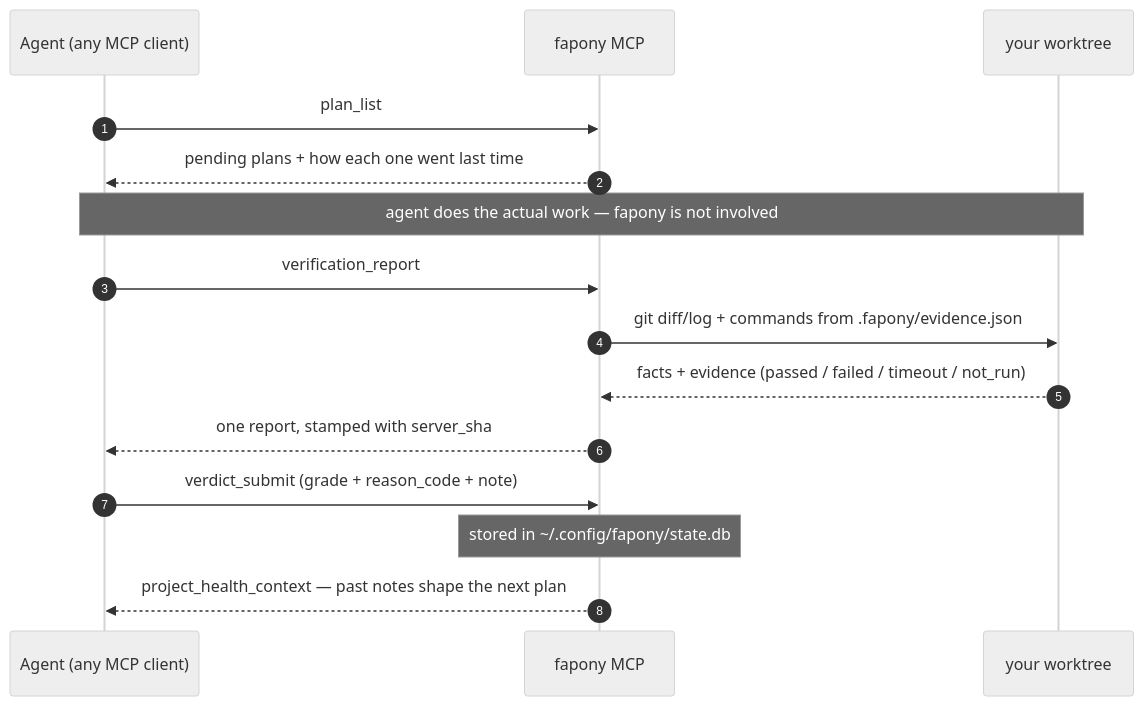
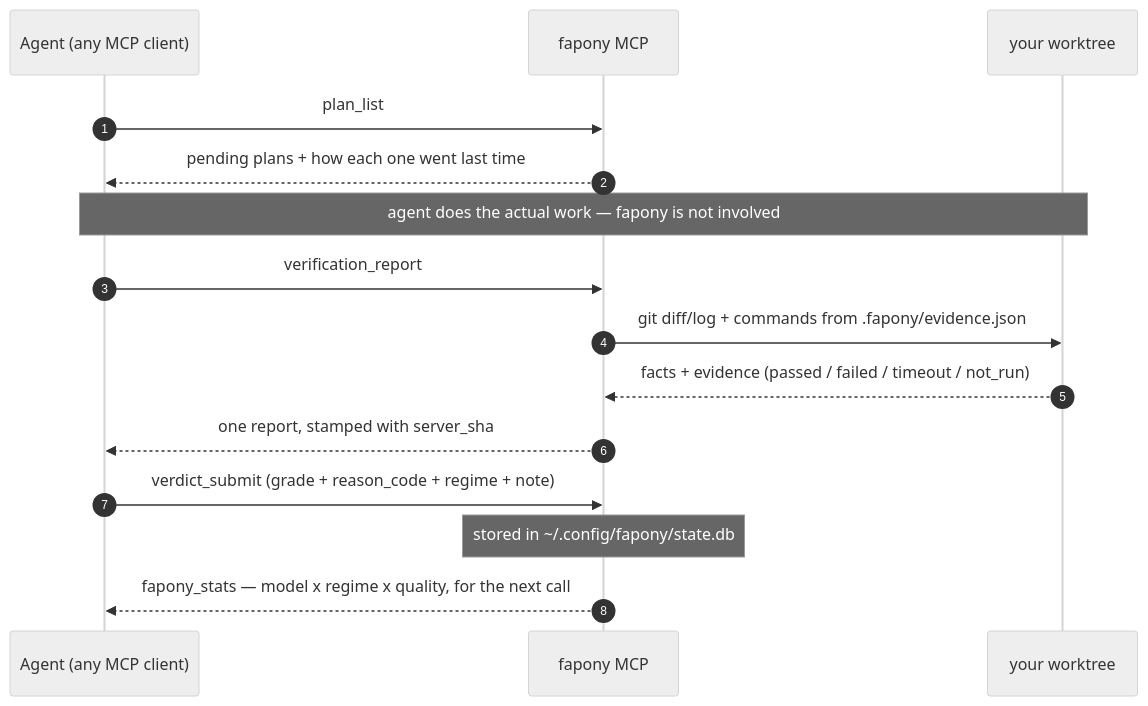
The second of 3 diagrams in README.md (kire21b/fapony), drawn with Mermaid (neutral theme) before and after one commit. The commit also changed other lines of this file and 4 other files, not shown here.

````diff
--- a/README.md
+++ b/README.md
@@ -121,18 +125,18 @@
 ```mermaid
 sequenceDiagram
     autonumber
     participant A as Agent (any MCP client)
     participant F as fapony MCP
     participant W as your worktree
 
     A->>F: plan_list
     F-->>A: pending plans + how each one went last time
     Note over A,W: agent does the actual work — fapony is not involved
     A->>F: verification_report
     F->>W: git diff/log + commands from .fapony/evidence.json
     W-->>F: facts + evidence (passed / failed / timeout / not_run)
     F-->>A: one report, stamped with server_sha
-    A->>F: verdict_submit (grade + reason_code + note)
+    A->>F: verdict_submit (grade + reason_code + regime + note)
     Note over F: stored in ~/.config/fapony/state.db
-    F-->>A: project_health_context — past notes shape the next plan
+    F-->>A: fapony_stats — model x regime x quality, for the next call
 ```
````
